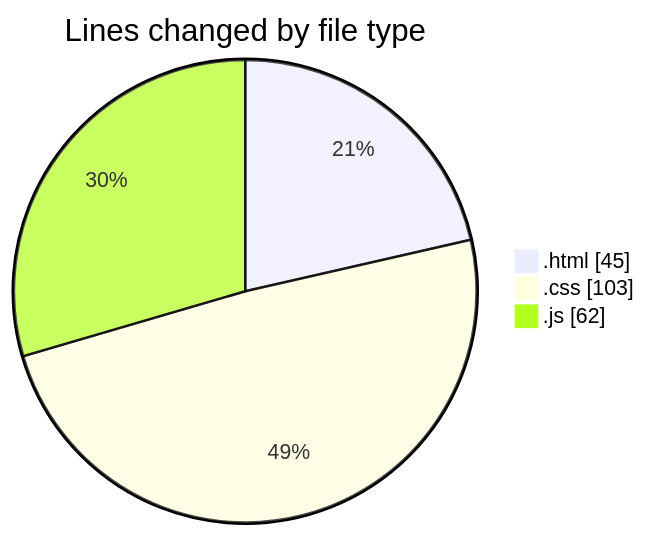
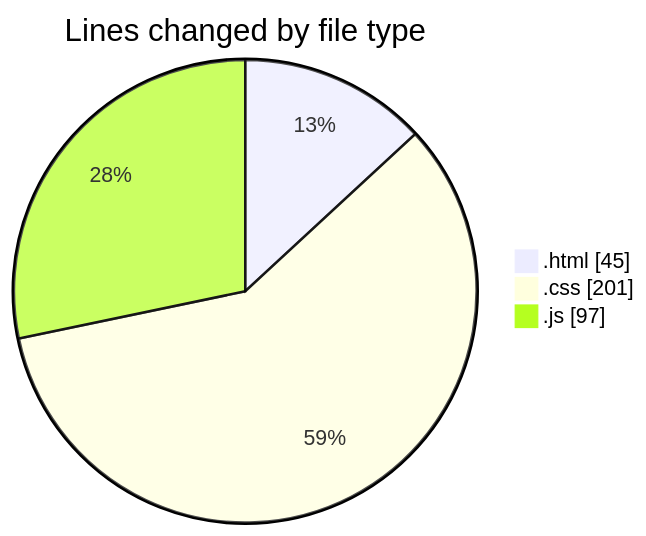
The first of 2 diagrams in 2025-08-24/javascript/README.md (Ritupan-Deka/code-tracking), drawn with Mermaid before and after one commit. The commit also changed other lines of this file and 1 other file, not shown here.

````diff
--- a/2025-08-24/javascript/README.md
+++ b/2025-08-24/javascript/README.md
@@ -22,7 +22,7 @@
 ```mermaid
 pie showData
 title Lines changed by file type
 ".html" : 45
-".css" : 103
-".js" : 62
+".css" : 201
+".js" : 97
 ```
````
